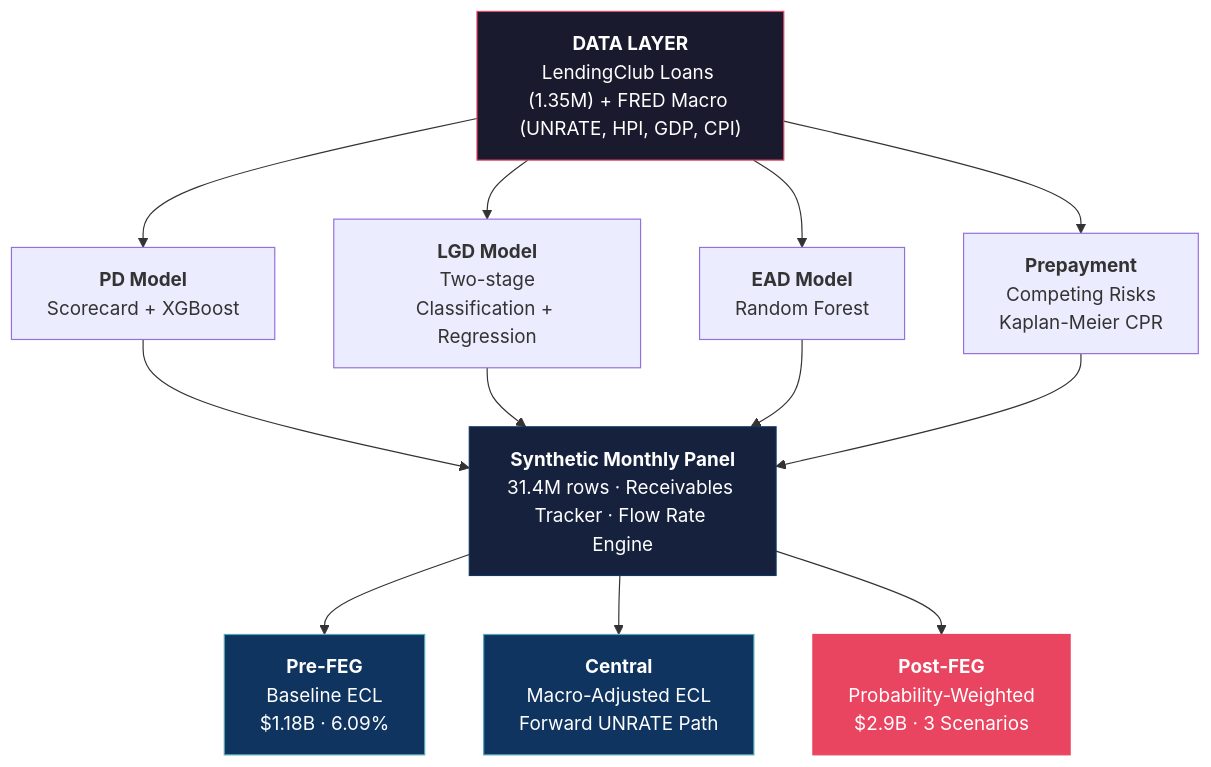
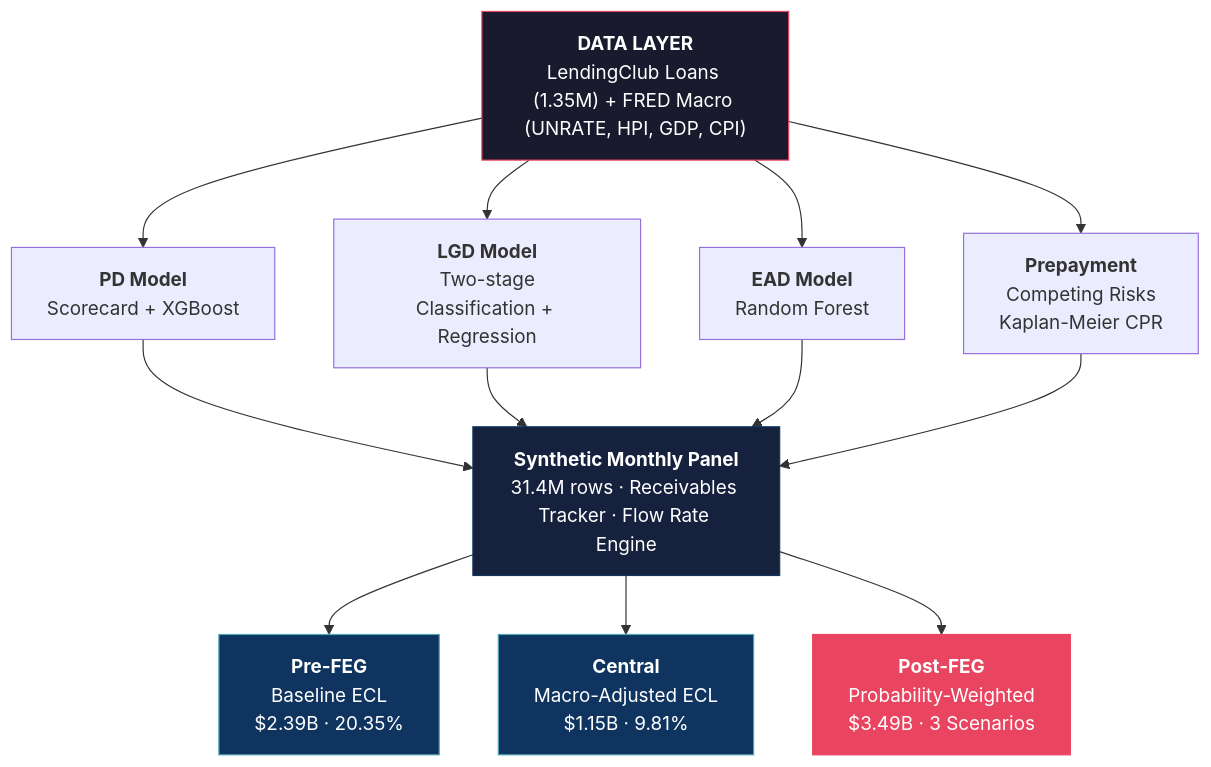
Before and after one commit to harshvardhan-sekar/lendingclub-credit-risk: the diagram in README.md, drawn with Mermaid. The commit also changed other lines of this file and 150 other files, not shown here.

````diff
--- a/README.md
+++ b/README.md
@@ -20,22 +22,22 @@
 ```mermaid
 graph TD
     A["<b>DATA LAYER</b><br/>LendingClub Loans (1.35M) + FRED Macro (UNRATE, HPI, GDP, CPI)"] --> B["<b>PD Model</b><br/>Scorecard + XGBoost"]
     A --> C["<b>LGD Model</b><br/>Two-stage<br/>Classification + Regression"]
     A --> D["<b>EAD Model</b><br/>Random Forest"]
     A --> E["<b>Prepayment</b><br/>Competing Risks<br/>Kaplan-Meier CPR"]
 
     B --> F["<b>Synthetic Monthly Panel</b><br/>31.4M rows · Receivables Tracker · Flow Rate Engine"]
     C --> F
     D --> F
     E --> F
 
-    F --> G["<b>Pre-FEG</b><br/>Baseline ECL<br/>$1.18B · 6.09%"]
-    F --> H["<b>Central</b><br/>Macro-Adjusted ECL<br/>Forward UNRATE Path"]
-    F --> I["<b>Post-FEG</b><br/>Probability-Weighted<br/>$2.9B · 3 Scenarios"]
+    F --> G["<b>Pre-FEG</b><br/>Baseline ECL<br/>$2.39B · 20.35%"]
+    F --> H["<b>Central</b><br/>Macro-Adjusted ECL<br/>$1.15B · 9.81%"]
+    F --> I["<b>Post-FEG</b><br/>Probability-Weighted<br/>$3.49B · 3 Scenarios"]
 
     style A fill:#1a1a2e,stroke:#e94560,color:#fff
     style F fill:#16213e,stroke:#0f3460,color:#fff
     style G fill:#0f3460,stroke:#53a8b6,color:#fff
     style H fill:#0f3460,stroke:#53a8b6,color:#fff
     style I fill:#e94560,stroke:#e94560,color:#fff
 ```
````
